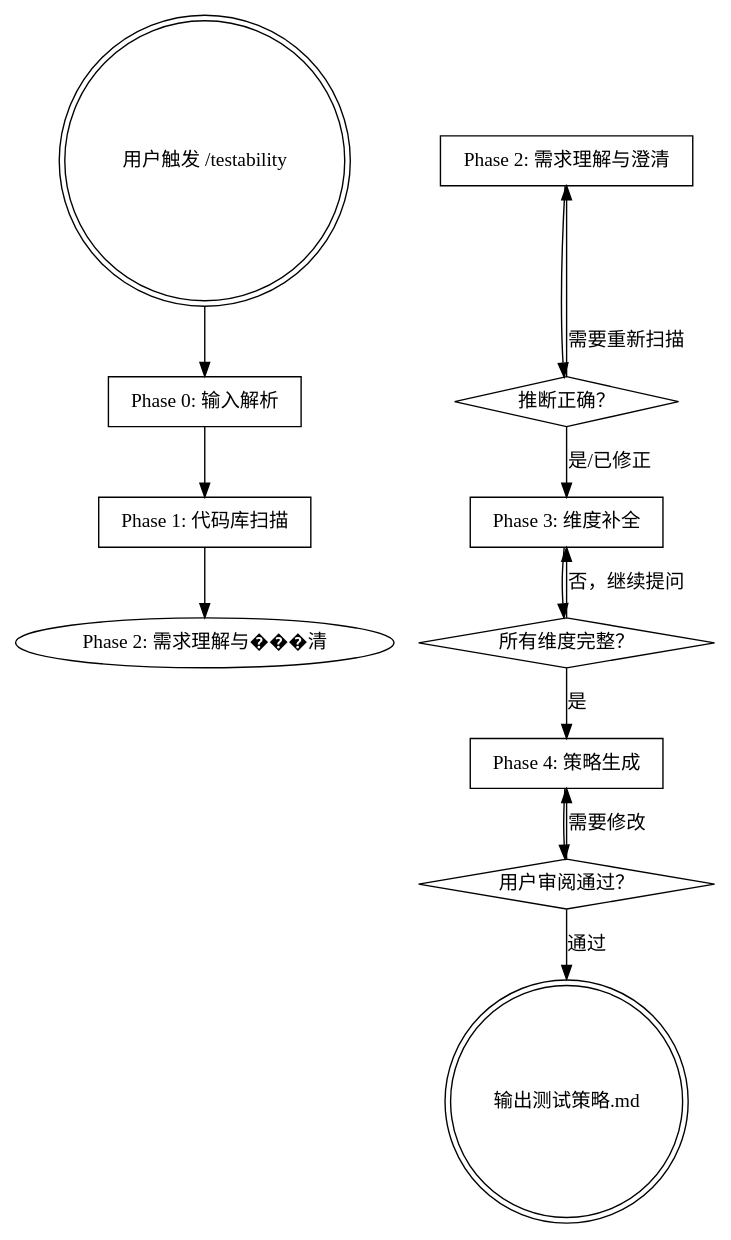
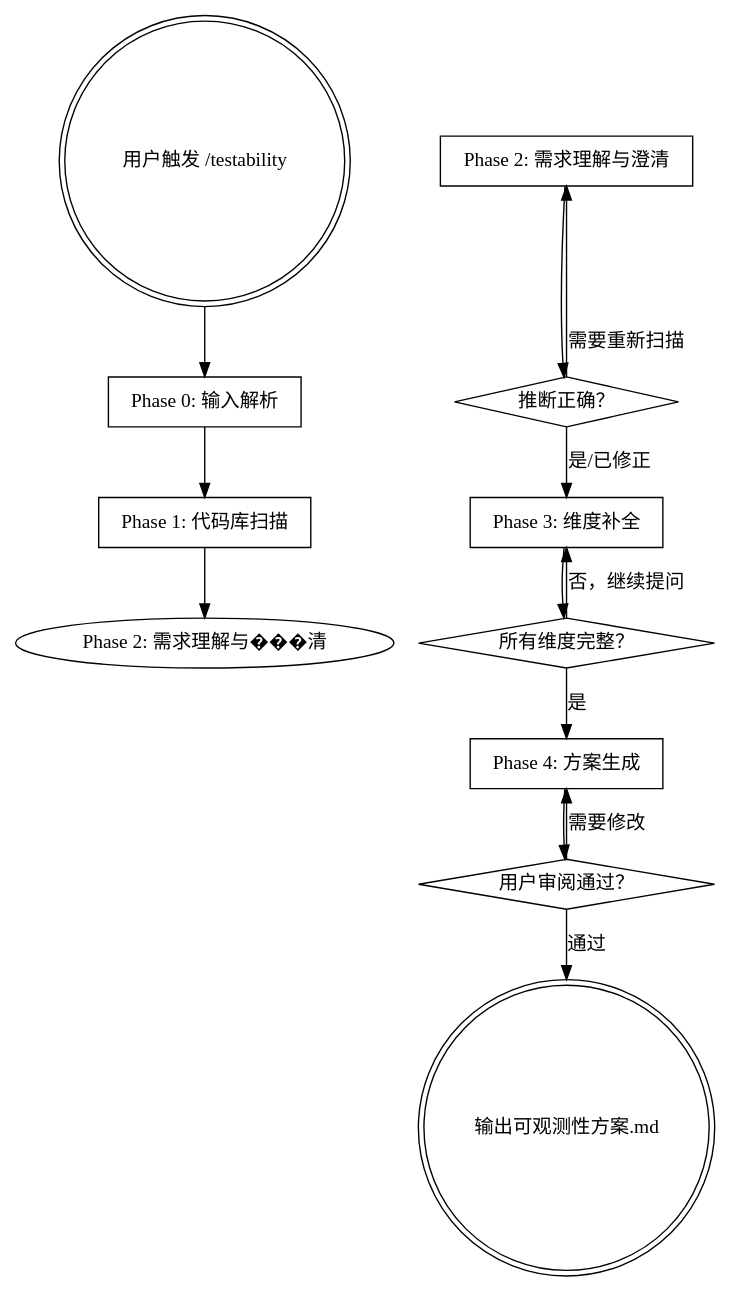
Before and after one commit to dannnney/echo-tdd: the diagram in skills/testability/SKILL.md, drawn with Graphviz. The commit also changed other lines of this file and 9 other files, not shown here.

````diff
--- a/skills/testability/SKILL.md
+++ b/skills/testability/SKILL.md
@@ -106,29 +106,29 @@
 ```dot
 digraph testability {
     rankdir=TB;
 
     "用户触发 /testability" [shape=doublecircle];
     "Phase 0: 输入解析" [shape=box];
     "Phase 1: 代码库扫描" [shape=box];
     "Phase 2: 需求理解与澄清" [shape=box];
     "推断正确？" [shape=diamond];
     "Phase 3: 维度补全" [shape=box];
     "所有维度完整？" [shape=diamond];
-    "Phase 4: 策略生成" [shape=box];
+    "Phase 4: 方案生成" [shape=box];
     "用户审阅通过？" [shape=diamond];
-    "输出测试策略.md" [shape=doublecircle];
+    "输出可观测性方案.md" [shape=doublecircle];
 
     "用户触发 /testability" -> "Phase 0: 输入解析";
     "Phase 0: 输入解析" -> "Phase 1: 代码库扫描";
     "Phase 1: 代码库扫描" -> "Phase 2: 需求理解与���清";
     "Phase 2: 需求理解与澄清" -> "推断正确？";
     "推断正确？" -> "Phase 3: 维度补全" [label="是/已修正"];
     "推断正确？" -> "Phase 2: 需求理解与澄清" [label="需要重新扫描"];
     "Phase 3: 维度补全" -> "所有维度完整？";
-    "所有维度完整？" -> "Phase 4: 策略生成" [label="是"];
+    "所有维度完整？" -> "Phase 4: 方案生成" [label="是"];
     "所有维度完整？" -> "Phase 3: 维度补全" [label="否，继续提问"];
-    "Phase 4: 策略生成" -> "用户审阅通过？";
-    "用户审阅通过？" -> "输出测试策略.md" [label="通过"];
-    "用户审阅通过？" -> "Phase 4: 策略生成" [label="需要修改"];
+    "Phase 4: 方案生成" -> "用户审阅通过？";
+    "用户审阅通过？" -> "输出可观测性方案.md" [label="通过"];
+    "用户审阅通过？" -> "Phase 4: 方案生成" [label="需要修改"];
 }
 ```
````
